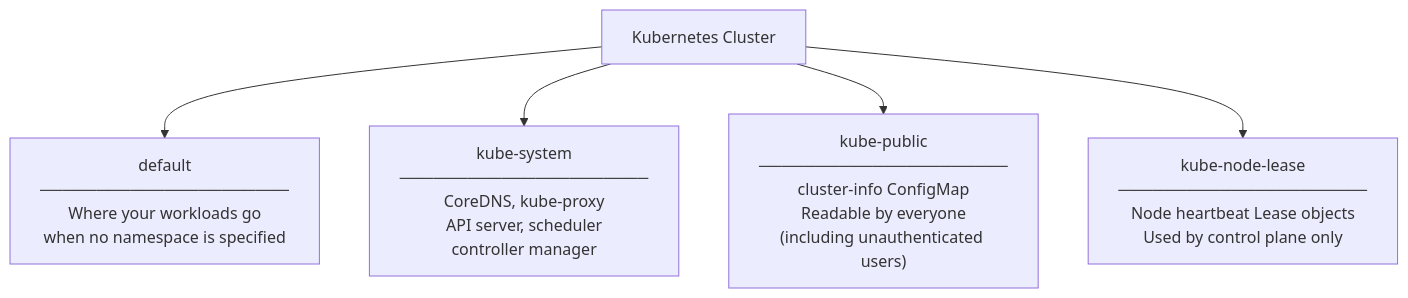
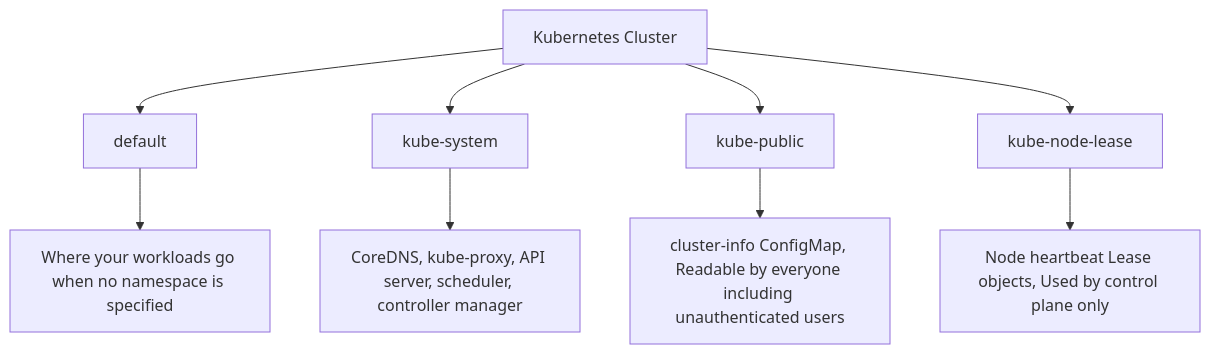
Before and after one commit to Antoine-Flo/kube-mastery: the diagram in src/courses/modules/namespaces/02-default-namespaces/en/content.md, drawn with Mermaid. The commit also changed other lines of this file and 34 other files, not shown here.

````diff
--- a/src/courses/modules/namespaces/02-default-namespaces/en/content.md
+++ b/src/courses/modules/namespaces/02-default-namespaces/en/content.md
@@ -7,9 +7,16 @@
 ```mermaid
 flowchart TD
     Cluster["Kubernetes Cluster"]
-
-    Cluster --> NS1["default\n──────────────────────\nWhere your workloads go\nwhen no namespace is specified"]
-    Cluster --> NS2["kube-system\n──────────────────────\nCoreDNS, kube-proxy\nAPI server, scheduler\ncontroller manager"]
-    Cluster --> NS3["kube-public\n──────────────────────\ncluster-info ConfigMap\nReadable by everyone\n(including unauthenticated users)"]
-    Cluster --> NS4["kube-node-lease\n──────────────────────\nNode heartbeat Lease objects\nUsed by control plane only"]
+    
+    Cluster --> NS1["default"]
+    NS1 --> DESC1["Where your workloads go when no namespace is specified"]
+    
+    Cluster --> NS2["kube-system"]
+    NS2 --> DESC2["CoreDNS, kube-proxy, API server, scheduler, controller manager"]
+    
+    Cluster --> NS3["kube-public"]
+    NS3 --> DESC3["cluster-info ConfigMap, Readable by everyone including unauthenticated users"]
+    
+    Cluster --> NS4["kube-node-lease"]
+    NS4 --> DESC4["Node heartbeat Lease objects, Used by control plane only"]
 ```
````
